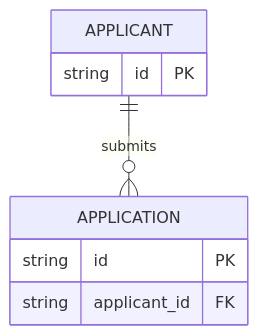
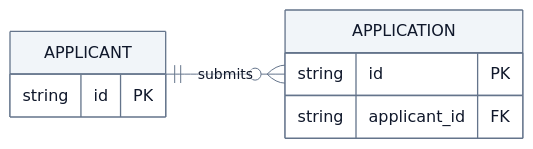
Before and after one commit to Wataru-Toriumi/agent-skills: the diagram in plugins/sketch/skills/draw-mermaid/examples/er.md, drawn with Mermaid. The commit also changed other lines of this file and 7 other files, not shown here.

Commit message:
docs(sketch): polish Mermaid example layouts

````diff
--- a/plugins/sketch/skills/draw-mermaid/examples/er.md
+++ b/plugins/sketch/skills/draw-mermaid/examples/er.md
@@ -8,11 +8,28 @@
 ```mermaid
+---
+config:
+  theme: base
+  look: classic
+  fontFamily: sans-serif
+  themeVariables:
+    primaryColor: "#F1F5F9"
+    primaryTextColor: "#0F172A"
+    primaryBorderColor: "#64748B"
+    lineColor: "#64748B"
+    secondaryColor: "#F8FAFC"
+    tertiaryColor: "#FFFFFF"
+  er:
+    nodeSpacing: 40
+    rankSpacing: 64
+---
 erDiagram
+    direction LR
     APPLICANT ||--o{ APPLICATION : submits
     APPLICANT {
         string id PK
     }
     APPLICATION {
         string id PK
         string applicant_id FK
     }
 ```
````
